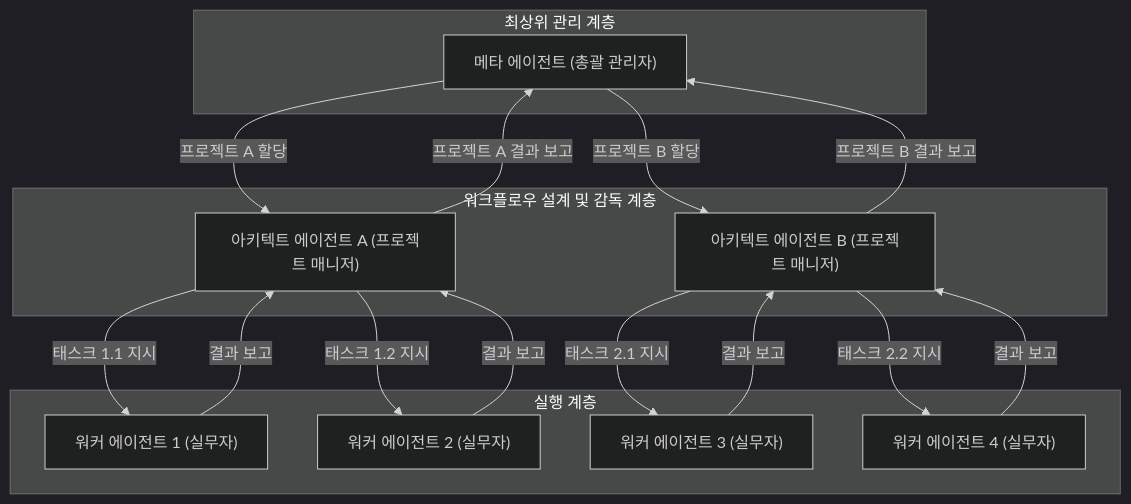
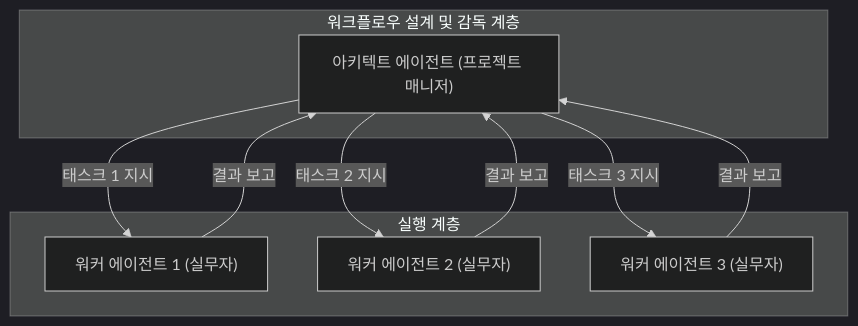
One commit to wooxist/ai-instructions changed the first of 2 diagrams in book/10-advanced-collaboration-architectures.md. Above: the diagram before and after it, drawn with Mermaid (dark theme). The commit also changed other lines of this file and 5 other files, not shown here.

````diff
--- a/book/10-advanced-collaboration-architectures.md
+++ b/book/10-advanced-collaboration-architectures.md
@@ -62,35 +63,20 @@
 ```mermaid
 graph TD;
-    subgraph "최상위 관리 계층"
-        MetaAgent["메타 에이전트 (총괄 관리자)"]
-    end
-
     subgraph "워크플로우 설계 및 감독 계층"
-        ArchitectAgentA["아키텍트 에이전트 A (프로젝트 매니저)"]
-        ArchitectAgentB["아키텍트 에이전트 B (프로젝트 매니저)"]
+        ArchitectAgent["아키텍트 에이전트 (프로젝트 매니저)"]
     end
 
     subgraph "실행 계층"
         WorkerAgent1["워커 에이전트 1 (실무자)"]
         WorkerAgent2["워커 에이전트 2 (실무자)"]
         WorkerAgent3["워커 에이전트 3 (실무자)"]
-        WorkerAgent4["워커 에이전트 4 (실무자)"]
     end
 
-    MetaAgent -- "프로젝트 A 할당" --> ArchitectAgentA
-    MetaAgent -- "프로젝트 B 할당" --> ArchitectAgentB
-    
-    ArchitectAgentA -- "태스크 1.1 지시" --> WorkerAgent1
-    ArchitectAgentA -- "태스크 1.2 지시" --> WorkerAgent2
-    
-    ArchitectAgentB -- "태스크 2.1 지시" --> WorkerAgent3
-    ArchitectAgentB -- "태스크 2.2 지시" --> WorkerAgent4
+    ArchitectAgent -- "태스크 1 지시" --> WorkerAgent1
+    ArchitectAgent -- "태스크 2 지시" --> WorkerAgent2
+    ArchitectAgent -- "태스크 3 지시" --> WorkerAgent3
 
-    WorkerAgent1 -- "결과 보고" --> ArchitectAgentA
-    WorkerAgent2 -- "결과 보고" --> ArchitectAgentA
-    WorkerAgent3 -- "결과 보고" --> ArchitectAgentB
-    WorkerAgent4 -- "결과 보고" --> ArchitectAgentB
-
-    ArchitectAgentA -- "프로젝트 A 결과 보고" --> MetaAgent
-    ArchitectAgentB -- "프로젝트 B 결과 보고" --> MetaAgent
+    WorkerAgent1 -- "결과 보고" --> ArchitectAgent
+    WorkerAgent2 -- "결과 보고" --> ArchitectAgent
+    WorkerAgent3 -- "결과 보고" --> ArchitectAgent
 ```
````
